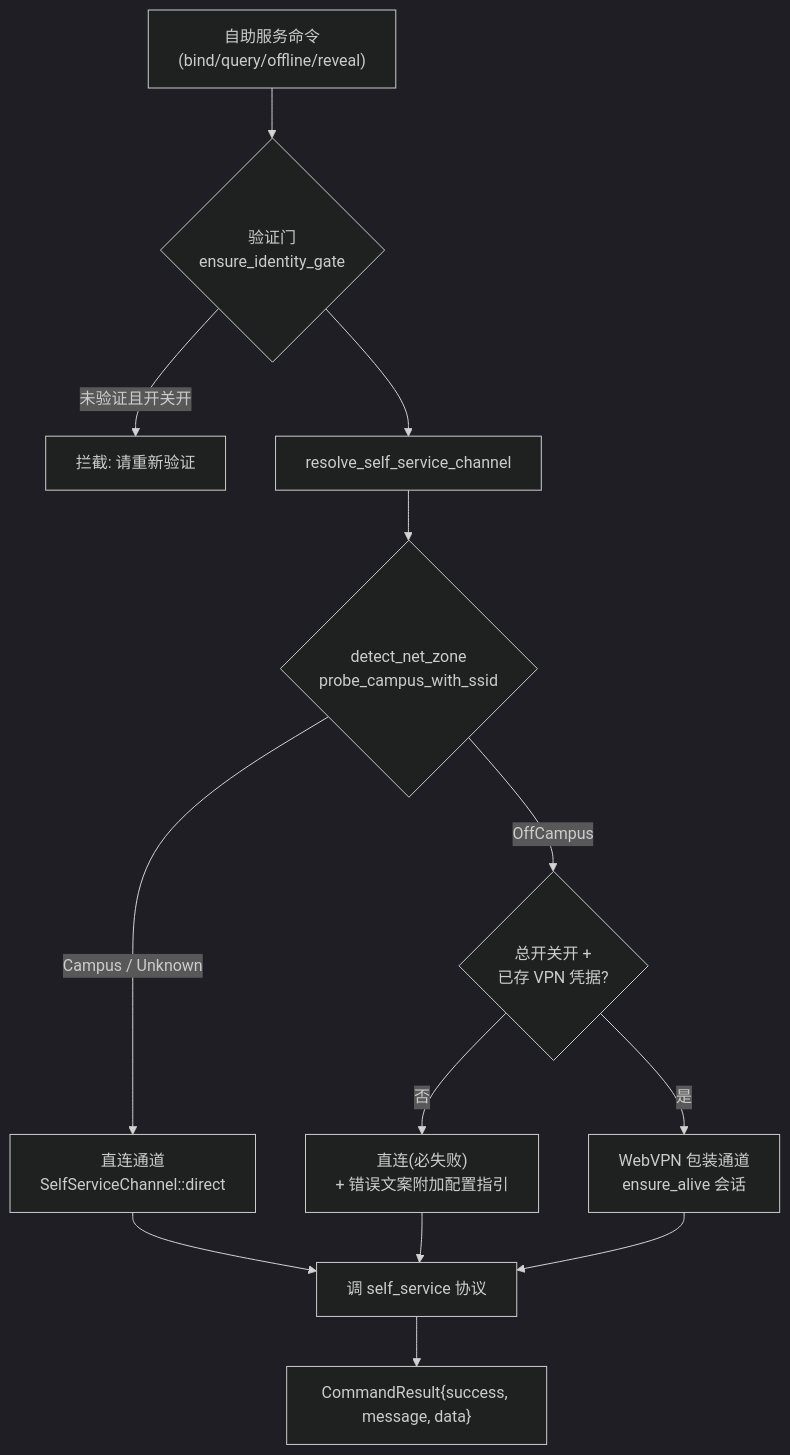
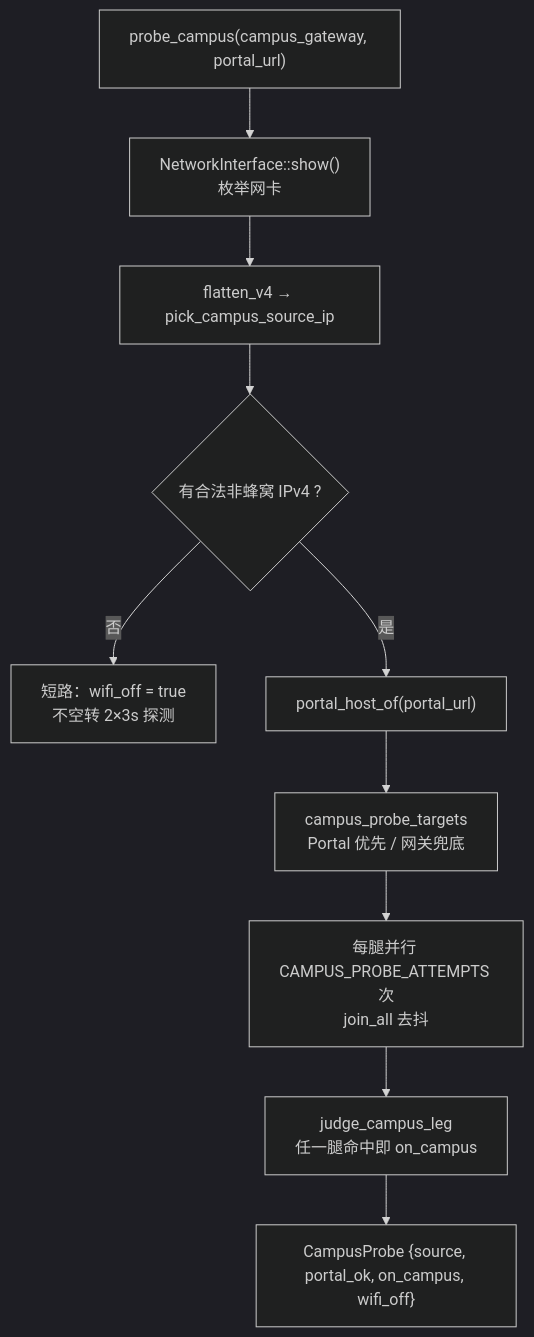
Before and after one commit to ikliml666/Wxxy-CampusLogin: the fourth of 14 diagrams in .codewiki/modules/android-backend-tauri-commands.md, drawn with Mermaid (dark theme). The commit also changed other lines of this file and 34 other files, not shown here.

````diff
--- a/.codewiki/modules/android-backend-tauri-commands.md
+++ b/.codewiki/modules/android-backend-tauri-commands.md
@@ -260,15 +216,12 @@
 ```mermaid
 flowchart TB
-    REQ["自助服务命令<br/>(bind/query/offline/reveal)"] --> GATE{"验证门<br/>ensure_identity_gate"}
-    GATE -->|"未验证且开关开"| REJECT["拦截: 请重新验证"]
-    GATE --> PASS["resolve_self_service_channel"]
-    PASS --> ZONE{"detect_net_zone<br/>probe_campus_with_ssid"}
-    ZONE -->|"Campus / Unknown"| DIRECT["直连通道<br/>SelfServiceChannel::direct"]
-    ZONE -->|"OffCampus"| WANT{"总开关开 +<br/>已存 VPN 凭据?"}
-    WANT -->|"否"| DIRECT2["直连(必失败)<br/>+ 错误文案附加配置指引"]
-    WANT -->|"是"| VPNCH["WebVPN 包装通道<br/>ensure_alive 会话"]
-    DIRECT --> CALL["调 self_service 协议"]
-    DIRECT2 --> CALL
-    VPNCH --> CALL
-    CALL --> RES["CommandResult{success, message, data}"]
+    A["probe_campus(campus_gateway, portal_url)"] --> B["NetworkInterface::show()<br/>枚举网卡"]
+    B --> C["flatten_v4 → pick_campus_source_ip"]
+    C --> D{"有合法非蜂窝 IPv4 ?"}
+    D -->|"否"| E["短路：wifi_off = true<br/>不空转 2×3s 探测"]
+    D -->|"是"| F["portal_host_of(portal_url)"]
+    F --> G["campus_probe_targets<br/>Portal 优先 / 网关兜底"]
+    G --> H["每腿并行 CAMPUS_PROBE_ATTEMPTS 次<br/>join_all 去抖"]
+    H --> I["judge_campus_leg<br/>任一腿命中即 on_campus"]
+    I --> J["CampusProbe {source, portal_ok, on_campus, wifi_off}"]
 ```
````
